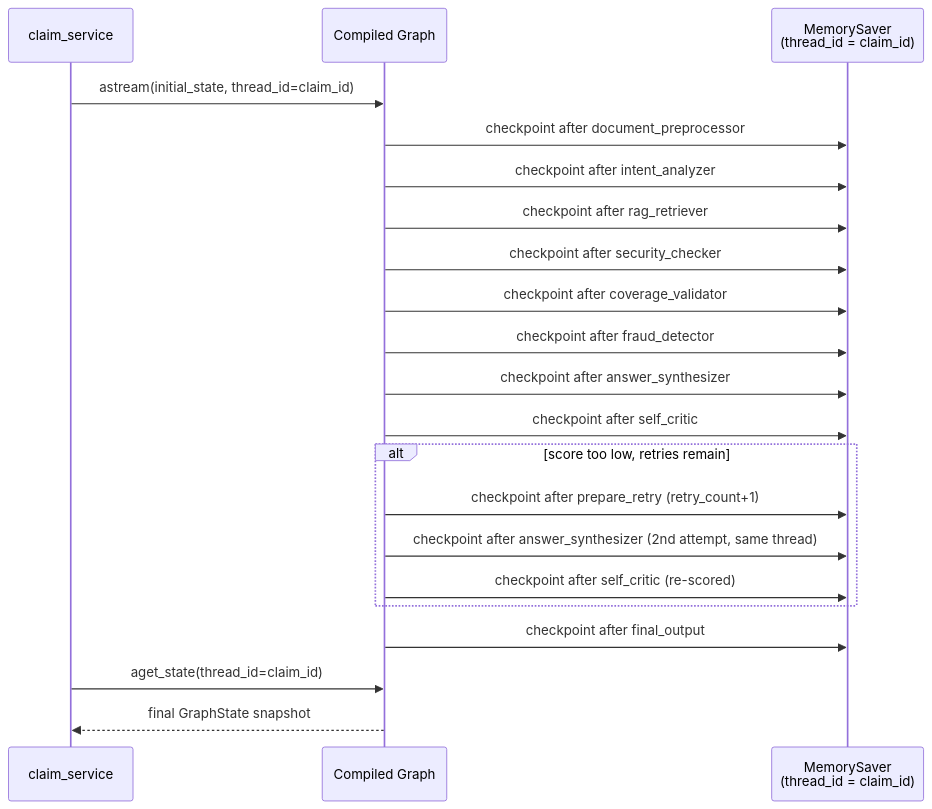
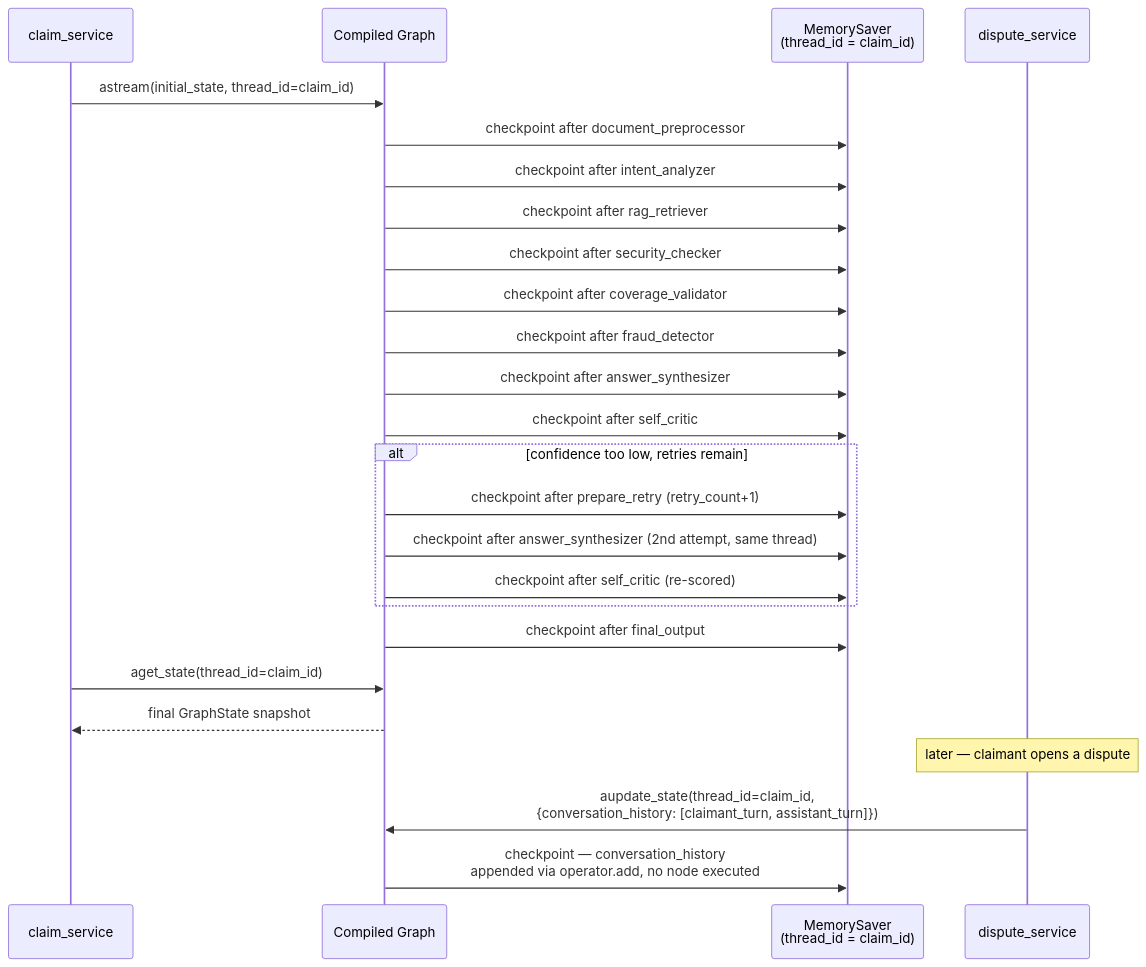
The fourth of 7 diagrams in docs/langgraph-design.md (haritejan955-ux/Juneproect), drawn with Mermaid before and after one commit. The commit also changed other lines of this file and 20 other files, not shown here.

First line of the commit message:
Implement shared GraphState with requested field names, fully typed

````diff
--- a/docs/langgraph-design.md
+++ b/docs/langgraph-design.md
@@ -298,24 +337,29 @@
 ```mermaid
 sequenceDiagram
     participant SVC as claim_service
     participant G as Compiled Graph
     participant CKPT as MemorySaver<br/>(thread_id = claim_id)
+    participant DSVC as dispute_service
 
     SVC->>G: astream(initial_state, thread_id=claim_id)
     G->>CKPT: checkpoint after document_preprocessor
     G->>CKPT: checkpoint after intent_analyzer
     G->>CKPT: checkpoint after rag_retriever
     G->>CKPT: checkpoint after security_checker
     G->>CKPT: checkpoint after coverage_validator
     G->>CKPT: checkpoint after fraud_detector
     G->>CKPT: checkpoint after answer_synthesizer
     G->>CKPT: checkpoint after self_critic
-    alt score too low, retries remain
+    alt confidence too low, retries remain
         G->>CKPT: checkpoint after prepare_retry (retry_count+1)
         G->>CKPT: checkpoint after answer_synthesizer (2nd attempt, same thread)
         G->>CKPT: checkpoint after self_critic (re-scored)
     end
     G->>CKPT: checkpoint after final_output
     SVC->>G: aget_state(thread_id=claim_id)
     G-->>SVC: final GraphState snapshot
+
+    Note over DSVC: later — claimant opens a dispute
+    DSVC->>G: aupdate_state(thread_id=claim_id,<br/>{conversation_history: [claimant_turn, assistant_turn]})
+    G->>CKPT: checkpoint — conversation_history<br/>appended via operator.add, no node executed
 ```
````
